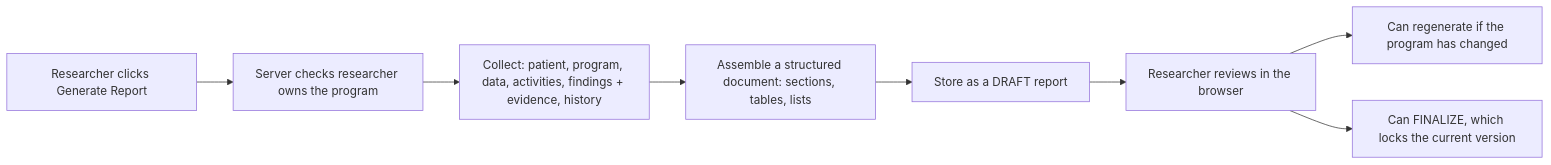
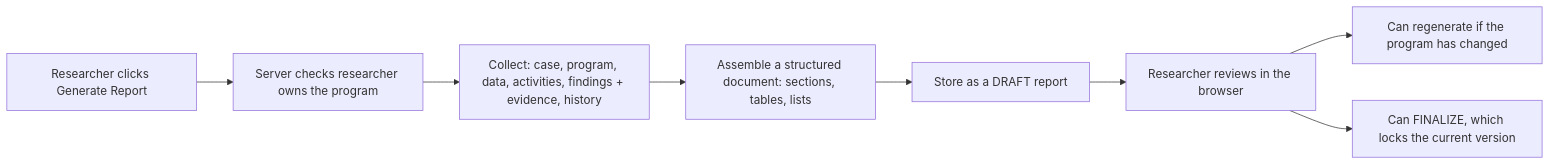
The second of 2 diagrams in docs/ARCHITECTURE.md (atmollohan/casebook), drawn with Mermaid before and after one commit. The commit also changed other lines of this file and 70 other files, not shown here.

````diff
--- a/docs/ARCHITECTURE.md
+++ b/docs/ARCHITECTURE.md
@@ -194,10 +205,10 @@
 ```mermaid
 flowchart LR
     A[Researcher clicks Generate Report] --> B[Server checks researcher owns the program]
-    B --> C[Collect: patient, program, data, activities, findings + evidence, history]
+    B --> C[Collect: case, program, data, activities, findings + evidence, history]
     C --> D[Assemble a structured document: sections, tables, lists]
     D --> E[Store as a DRAFT report]
     E --> F[Researcher reviews in the browser]
     F --> G[Can regenerate if the program has changed]
     F --> H[Can FINALIZE, which locks the current version]
 ```
````
